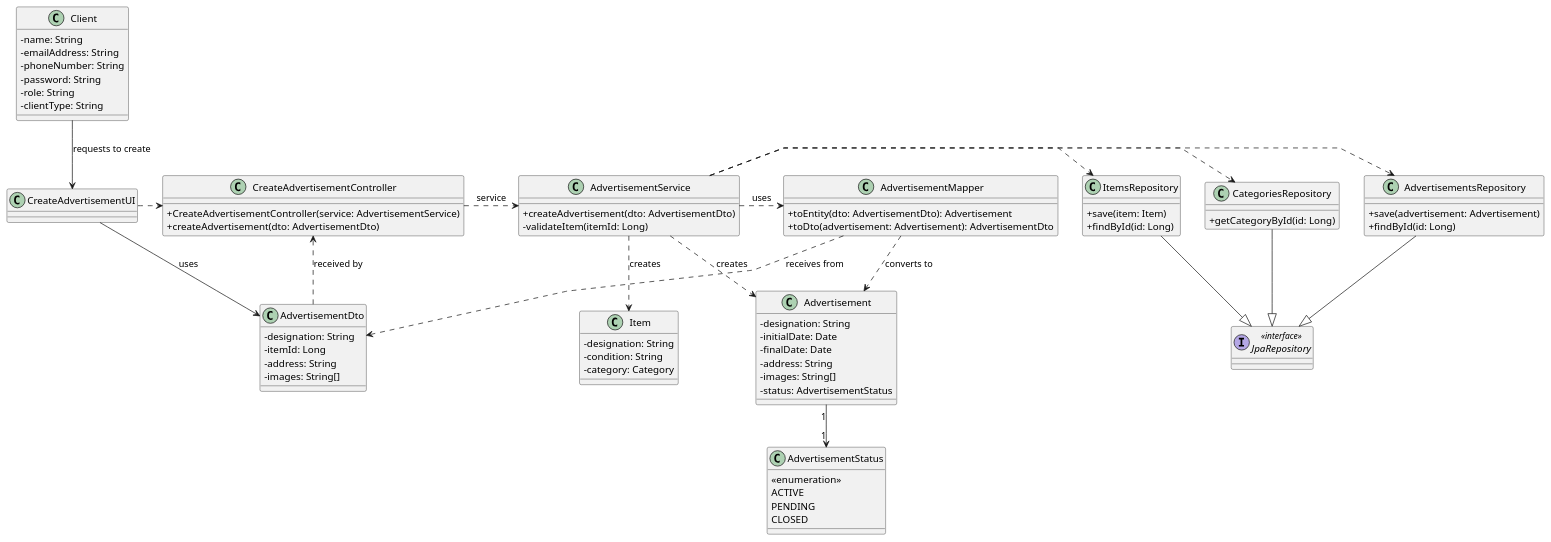
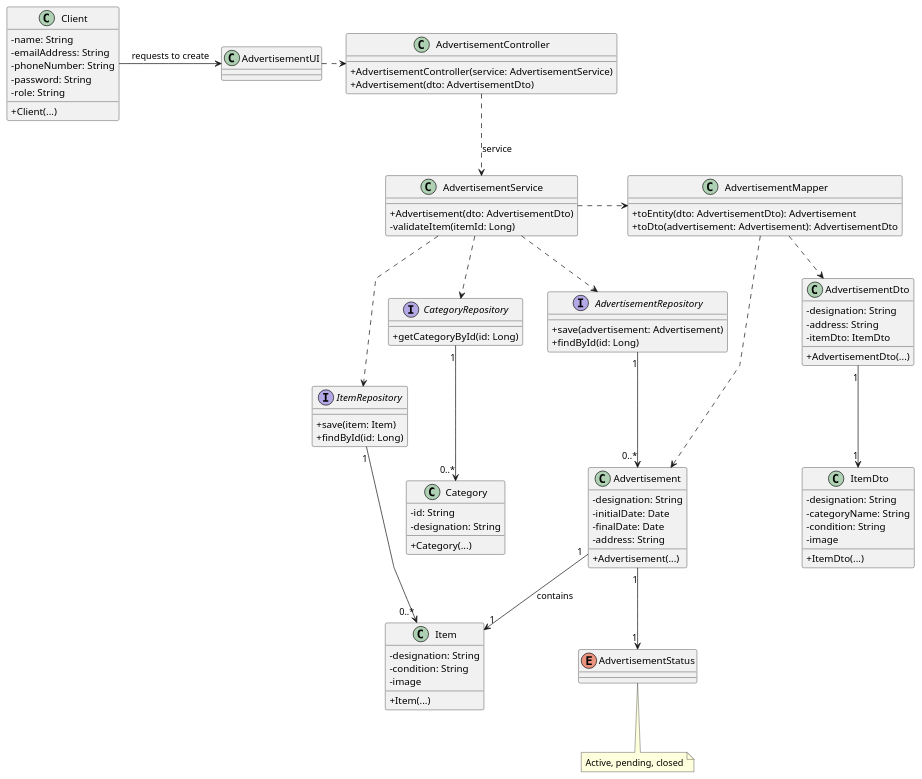
One commit to vivianeaalmeida/ComeAndGet changed the diagram in Docs/US07/03-design/US07-CD.puml. Above: the diagram before and after it, drawn with PlantUML. The commit also changed 6 other files, not shown here.

```diff
--- a/Docs/US07/03-design/US07-CD.puml
+++ b/Docs/US07/03-design/US07-CD.puml
@@ -1,100 +1,110 @@
 @startuml
 skinparam packageStyle rectangle
 skinparam shadowing false
 skinparam linetype polyline
 skinparam classAttributeIconSize 0
 
 class Client {
     - name: String
     - emailAddress: String
     - phoneNumber: String
     - password: String
     - role: String
-    - clientType: String
+    + Client(...)
 }
 
 class Item {
     - designation: String
     - condition: String
-    - category: Category
+    - image
+    + Item(...)
+}
+
+class ItemDto {
+    - designation: String
+    - categoryName: String
+    - condition: String
+    - image
+    + ItemDto(...)
+}
+
+class Category {
+    - id: String
+    - designation: String
+    + Category(...)
 }
 
 class AdvertisementDto {
     - designation: String
-    - itemId: Long
     - address: String
-    - images: String[]
+    - itemDto: ItemDto
+    + AdvertisementDto(...)
 }
 
 class Advertisement {
     - designation: String
     - initialDate: Date
     - finalDate: Date
     - address: String
-    - images: String[]
-    - status: AdvertisementStatus
+    + Advertisement(...)
 }
 
-class AdvertisementStatus {
-    <<enumeration>>
-    ACTIVE
-    PENDING
-    CLOSED
+enum AdvertisementStatus {
 }
 
-class CategoriesRepository {
+interface CategoryRepository {
     + getCategoryById(id: Long)
 }
-class AdvertisementsRepository {
+interface AdvertisementRepository {
     + save(advertisement: Advertisement)
     + findById(id: Long)
 }
-class ItemsRepository {
+interface ItemRepository {
     + save(item: Item)
     + findById(id: Long)
-}
-
-interface JpaRepository <<interface>> {
 }
 
 class AdvertisementMapper {
     + toEntity(dto: AdvertisementDto): Advertisement
     + toDto(advertisement: Advertisement): AdvertisementDto
 }
 
 class AdvertisementService {
-    + createAdvertisement(dto: AdvertisementDto)
+    + Advertisement(dto: AdvertisementDto)
     - validateItem(itemId: Long)
 }
 
-class CreateAdvertisementController {
-    + CreateAdvertisementController(service: AdvertisementService)
-    + createAdvertisement(dto: AdvertisementDto)
+class AdvertisementController {
+    + AdvertisementController(service: AdvertisementService)
+    + Advertisement(dto: AdvertisementDto)
 }
 
-class CreateAdvertisementUI
+class AdvertisementUI
 
 ' --- Relacionamentos ---
-CreateAdvertisementUI --> AdvertisementDto : uses
-CreateAdvertisementUI .> CreateAdvertisementController
+AdvertisementUI .> AdvertisementController
 
-CreateAdvertisementController .> AdvertisementService : service
+AdvertisementController ..> AdvertisementService : service
 
-AdvertisementService .> AdvertisementMapper : uses
-AdvertisementService .> AdvertisementsRepository
-AdvertisementService .> CategoriesRepository
-AdvertisementService .> ItemsRepository
+AdvertisementService .> AdvertisementMapper
+AdvertisementService ..> AdvertisementRepository
+AdvertisementService ..> CategoryRepository
+AdvertisementService ..> ItemRepository
 
-AdvertisementsRepository --|> JpaRepository
-CategoriesRepository --|> JpaRepository
-ItemsRepository --|> JpaRepository
+ItemRepository "1" -> "0..*" Item
+CategoryRepository "1" --> "0..*" Category
+AdvertisementRepository "1" --> "0..*" Advertisement
 
-Client --> CreateAdvertisementUI : requests to create
+Client -> AdvertisementUI : requests to create
 
 Advertisement "1" --> "1" AdvertisementStatus
-AdvertisementDto ..> CreateAdvertisementController : received by
-AdvertisementMapper ..> Advertisement : converts to
-AdvertisementMapper ..> AdvertisementDto : receives from
-AdvertisementService ..> Advertisement : creates
-AdvertisementService ..> Item : creates
+Advertisement "1" --> "1" Item : contains
+AdvertisementMapper ..> AdvertisementDto
+AdvertisementMapper ..> Advertisement
+
+AdvertisementDto "1" --> "1" ItemDto
+note bottom of AdvertisementStatus
+Active, pending, closed
+endnote
+
 @enduml
```
